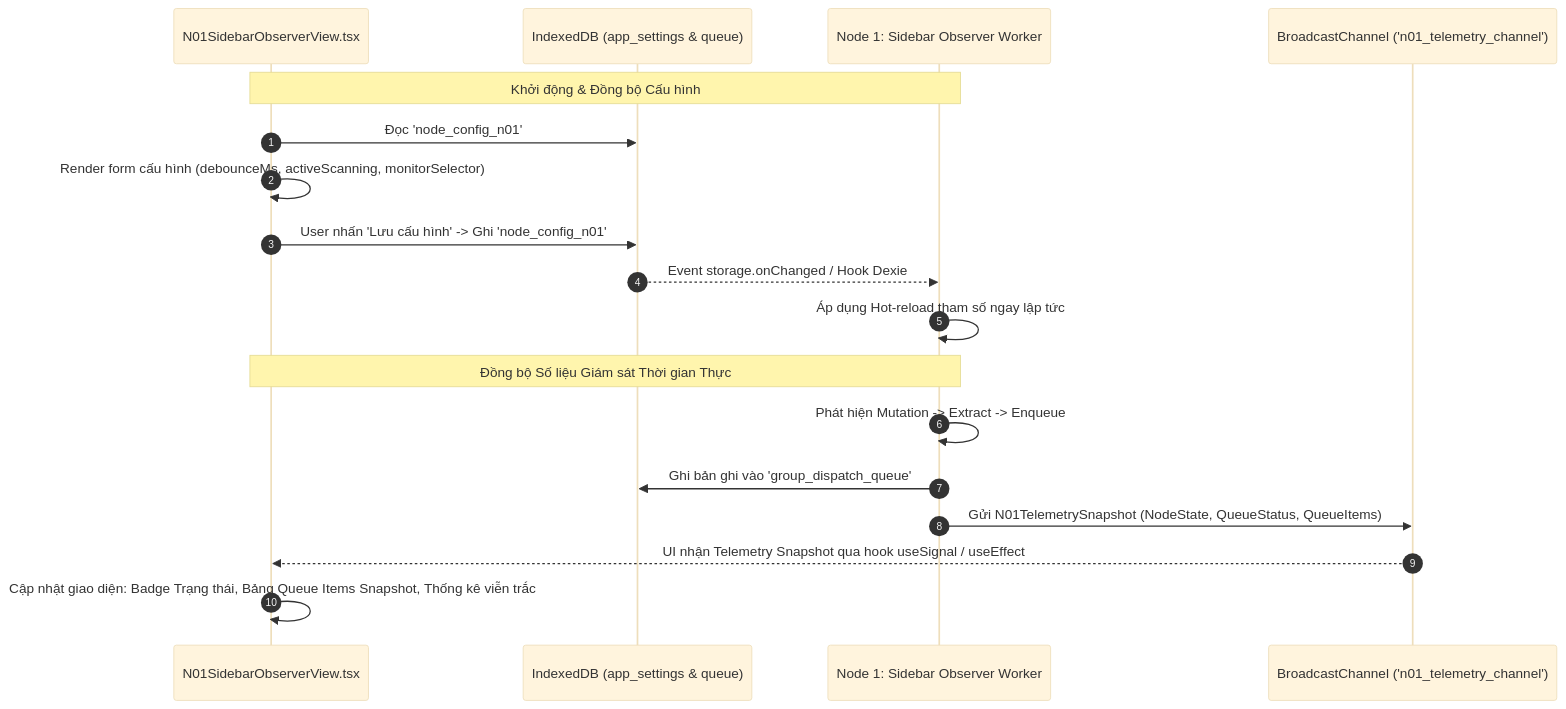
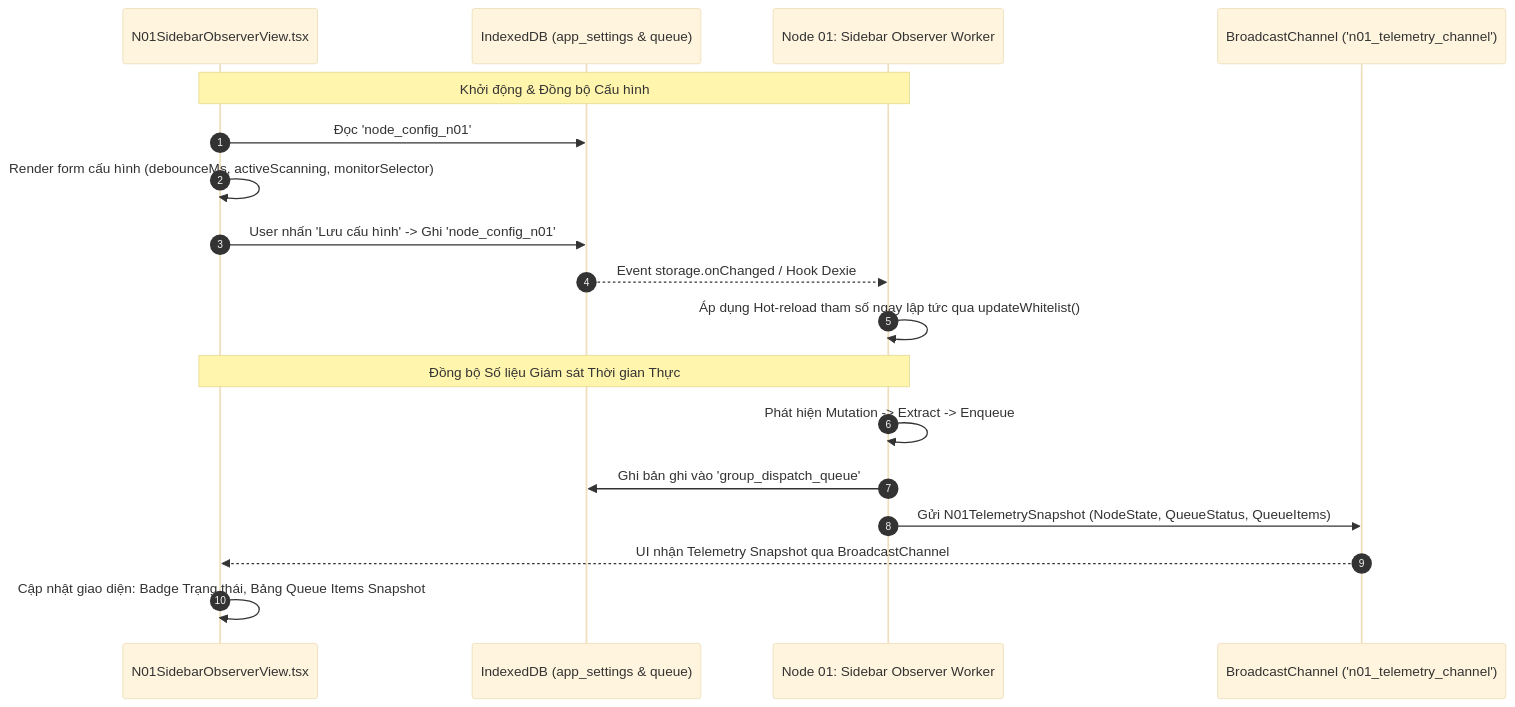
The fourth of 4 diagrams in Docs/Start-node/01_sidebar_observer_node.md (vuthuonghai-steve/auto-rep-zalo), drawn with Mermaid (base theme) before and after one commit. The commit also changed other lines of this file and 10 other files, not shown here.

````diff
--- a/Docs/Start-node/01_sidebar_observer_node.md
+++ b/Docs/Start-node/01_sidebar_observer_node.md
@@ -537,22 +647,22 @@
 ```mermaid
 sequenceDiagram
     autonumber
     participant UI as N01SidebarObserverView.tsx
     participant DB as IndexedDB (app_settings & queue)
-    participant N1 as Node 1: Sidebar Observer Worker
+    participant N1 as Node 01: Sidebar Observer Worker
     participant BC as BroadcastChannel ('n01_telemetry_channel')
 
     Note over UI,N1: Khởi động & Đồng bộ Cấu hình
     UI->>DB: Đọc 'node_config_n01'
     UI->>UI: Render form cấu hình (debounceMs, activeScanning, monitorSelector)
     UI->>DB: User nhấn 'Lưu cấu hình' -> Ghi 'node_config_n01'
     DB-->>N1: Event storage.onChanged / Hook Dexie
-    N1->>N1: Áp dụng Hot-reload tham số ngay lập tức
+    N1->>N1: Áp dụng Hot-reload tham số ngay lập tức qua updateWhitelist()
 
     Note over N1,UI: Đồng bộ Số liệu Giám sát Thời gian Thực
     N1->>N1: Phát hiện Mutation -> Extract -> Enqueue
     N1->>DB: Ghi bản ghi vào 'group_dispatch_queue'
     N1->>BC: Gửi N01TelemetrySnapshot (NodeState, QueueStatus, QueueItems)
-    BC-->>UI: UI nhận Telemetry Snapshot qua hook useSignal / useEffect
-    UI->>UI: Cập nhật giao diện: Badge Trạng thái, Bảng Queue Items Snapshot, Thống kê viễn trắc
+    BC-->>UI: UI nhận Telemetry Snapshot qua BroadcastChannel
+    UI->>UI: Cập nhật giao diện: Badge Trạng thái, Bảng Queue Items Snapshot
 ```
````
